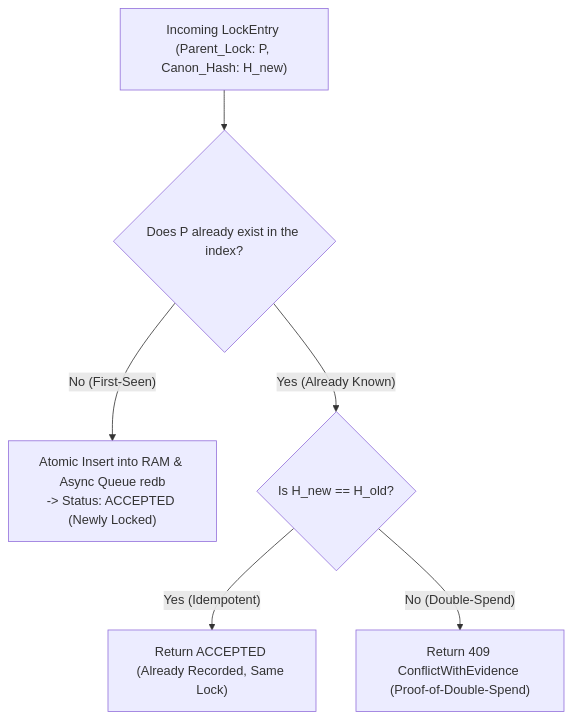
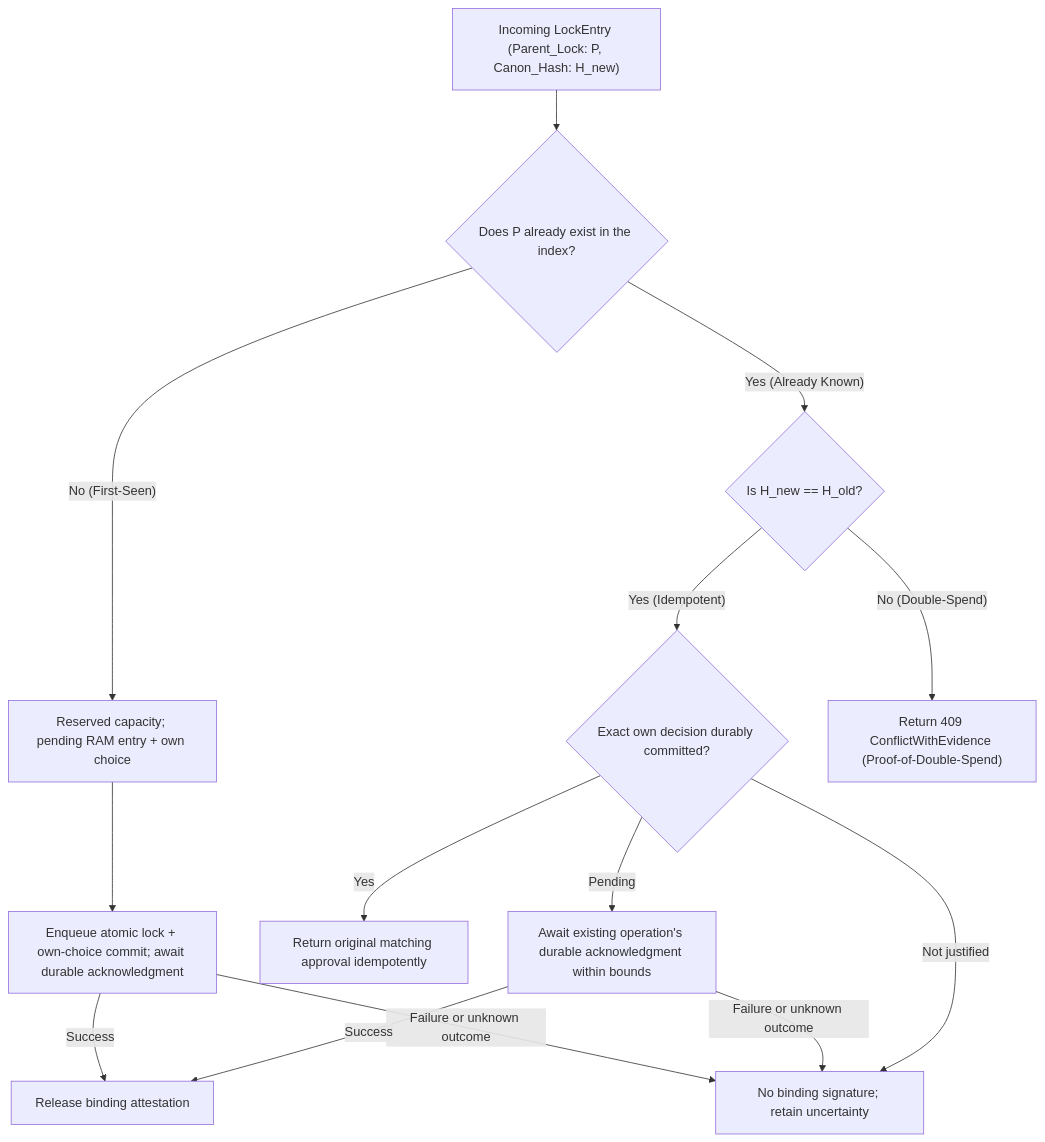
Before and after one commit to minutogit/human-money-node: the second of 2 diagrams in docs/12_lock_storage_und_ram_index.md, drawn with Mermaid. The commit also changed other lines of this file and 38 other files, not shown here.

First line of the commit message:
feat(arch): consolidate architecture specs and enforce durable-before-vote

````diff
--- a/docs/12_lock_storage_und_ram_index.md
+++ b/docs/12_lock_storage_und_ram_index.md
@@ -44,10 +53,18 @@
 ```mermaid
 flowchart TD
     Start["Incoming LockEntry (Parent_Lock: P, Canon_Hash: H_new)"] --> Lookup{"Does P already exist in the index?"}
     
-    Lookup -- "No (First-Seen)" --> Insert["Atomic Insert into RAM & Async Queue redb<br>-> Status: ACCEPTED (Newly Locked)"]
+    Lookup -- "No (First-Seen)" --> Insert["Reserved capacity; pending RAM entry + own choice"]
+    Insert --> Commit["Enqueue atomic lock + own-choice commit; await durable acknowledgment"]
+    Commit -->|Success| Release["Release binding attestation"]
+    Commit -->|Failure or unknown outcome| NoVote["No binding signature; retain uncertainty"]
     
     Lookup -- "Yes (Already Known)" --> Compare{"Is H_new == H_old?"}
-    Compare -- "Yes (Idempotent)" --> ReturnKnown["Return ACCEPTED (Already Recorded, Same Lock)"]
+    Compare -- "Yes (Idempotent)" --> Durable{"Exact own decision durably committed?"}
+    Durable -- Yes --> ReturnKnown["Return original matching approval idempotently"]
+    Durable -- "Pending" --> WaitSame["Await existing operation's durable acknowledgment within bounds"]
+    WaitSame -->|Success| Release
+    WaitSame -->|Failure or unknown outcome| NoVote
+    Durable -- "Not justified" --> NoVote
     Compare -- "No (Double-Spend)" --> Reject["Return 409 ConflictWithEvidence (Proof-of-Double-Spend)"]
 ```
````
